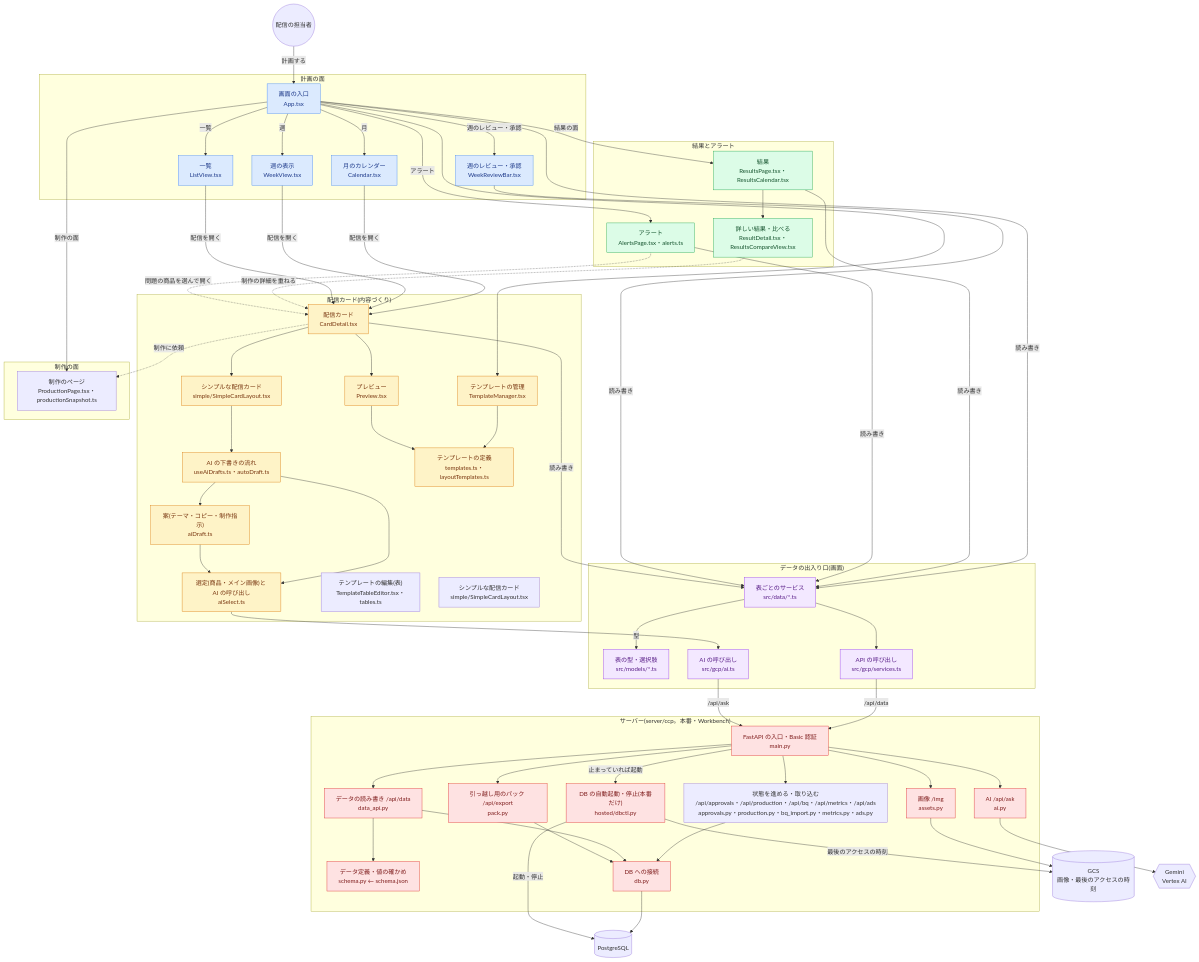
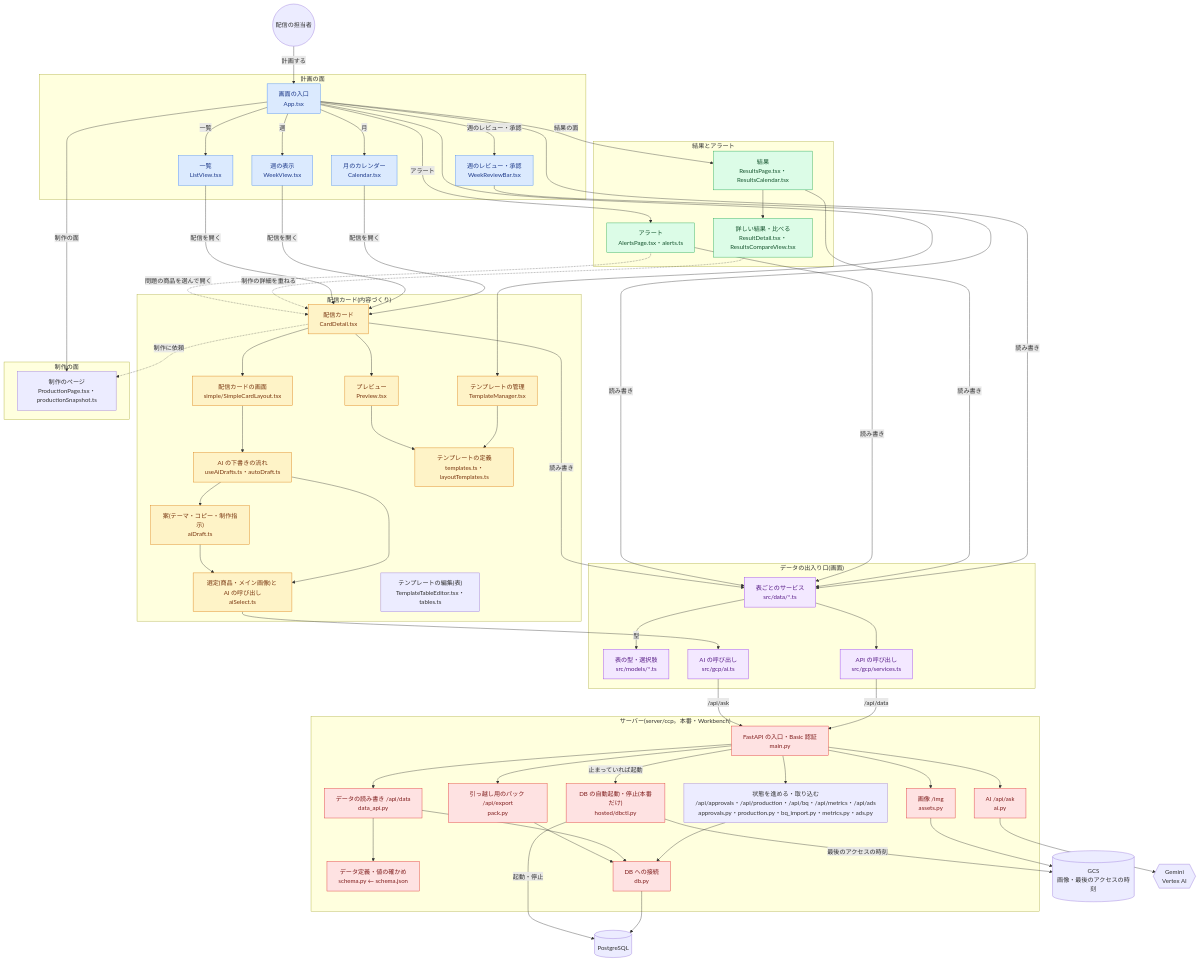
One commit to audeoinc/ccp changed the diagram in docs/SOURCE_MAP.md. Above: the diagram before and after it, drawn with Mermaid. The commit also changed other lines of this file and 4 other files, not shown here.

```diff
--- a/docs/SOURCE_MAP.md
+++ b/docs/SOURCE_MAP.md
@@ -50,14 +50,13 @@
 
     subgraph authoring["配信カード(内容づくり)"]
         card["配信カード<br/>CardDetail.tsx"]
-        content["シンプルな配信カード<br/>simple/SimpleCardLayout.tsx"]
+        content["配信カードの画面<br/>simple/SimpleCardLayout.tsx"]
         preview["プレビュー<br/>Preview.tsx"]
         drafts["AI の下書きの流れ<br/>useAiDrafts.ts・autoDraft.ts"]
         aidraft["案(テーマ・コピー・制作指示)<br/>aiDraft.ts"]
         aiselect["選定(商品・メイン画像)と AI の呼び出し<br/>aiSelect.ts"]
         tmgr["テンプレートの管理<br/>TemplateManager.tsx"]
         tedit["テンプレートの編集(表)<br/>TemplateTableEditor.tsx・tables.ts"]
-        simple["シンプルな配信カード<br/>simple/SimpleCardLayout.tsx"]
         tdef["テンプレートの定義<br/>templates.ts・layoutTemplates.ts"]
     end
 
```
